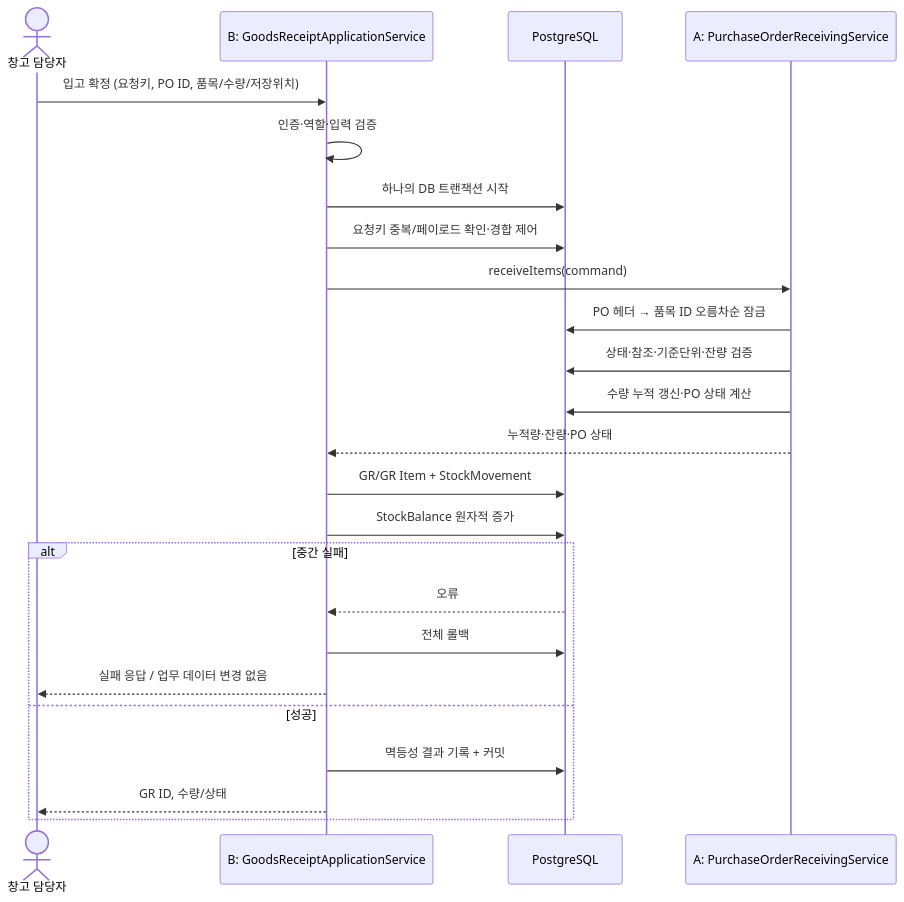
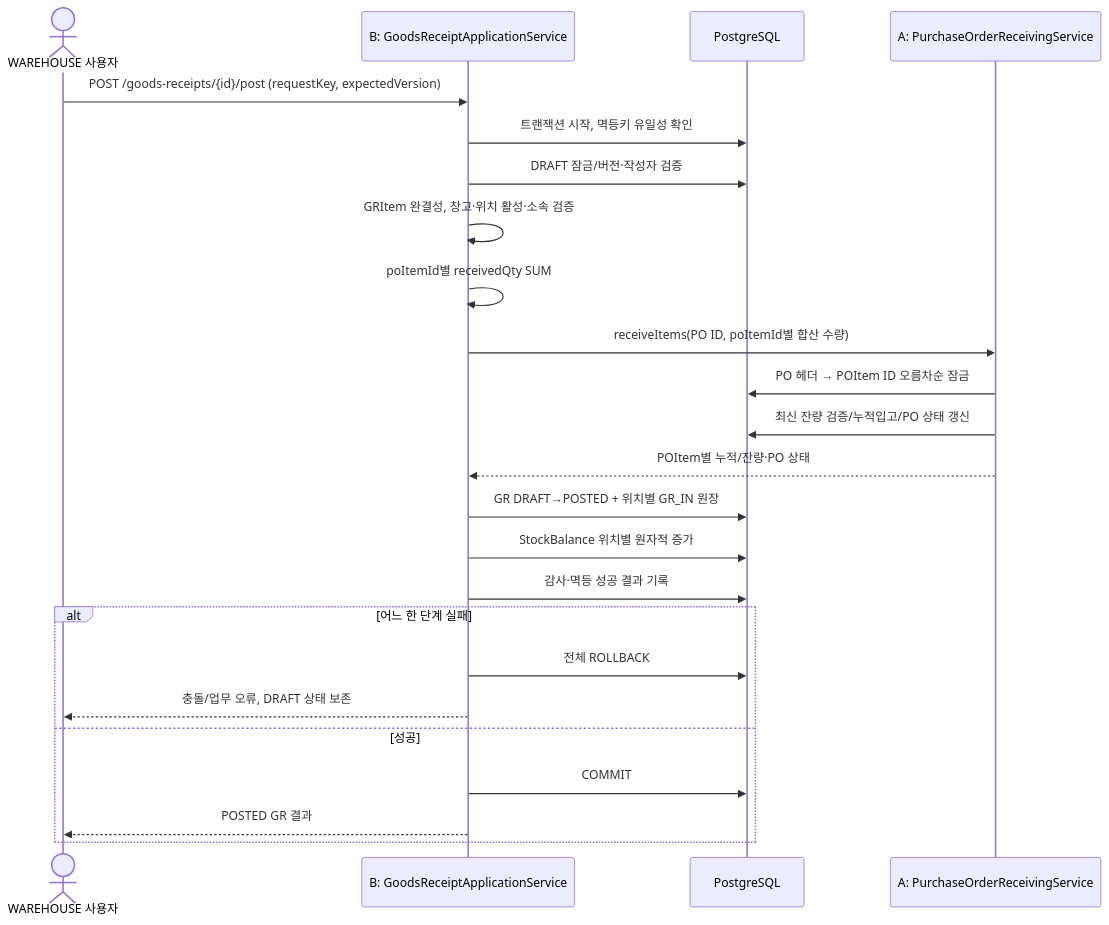
One commit to chagok-erp/chagok_docs changed the diagram in docs/api/09-PO-GR-CONTRACT.md. Above: the diagram before and after it, drawn with Mermaid. The commit also changed other lines of this file and 14 other files, not shown here.

````diff
--- a/docs/api/09-PO-GR-CONTRACT.md
+++ b/docs/api/09-PO-GR-CONTRACT.md
@@ -31,26 +58,26 @@
 ```mermaid
 sequenceDiagram
-    actor U as 창고 담당자
-    participant G as B: GoodsReceiptApplicationService
-    participant D as PostgreSQL
-    participant P as A: PurchaseOrderReceivingService
-    U->>G: 입고 확정 (요청키, PO ID, 품목/수량/저장위치)
-    G->>G: 인증·역할·입력 검증
-    G->>D: 하나의 DB 트랜잭션 시작
-    G->>D: 요청키 중복/페이로드 확인·경합 제어
-    G->>P: receiveItems(command)
-    P->>D: PO 헤더 → 품목 ID 오름차순 잠금
-    P->>D: 상태·참조·기준단위·잔량 검증
-    P->>D: 수량 누적 갱신·PO 상태 계산
-    P-->>G: 누적량·잔량·PO 상태
-    G->>D: GR/GR Item + StockMovement
-    G->>D: StockBalance 원자적 증가
-    alt 중간 실패
-        D-->>G: 오류
-        G->>D: 전체 롤백
-        G-->>U: 실패 응답 / 업무 데이터 변경 없음
+    actor User as WAREHOUSE 사용자
+    participant B as B: GoodsReceiptApplicationService
+    participant DB as PostgreSQL
+    participant A as A: PurchaseOrderReceivingService
+    User->>B: POST /goods-receipts/{id}/post (requestKey, expectedVersion)
+    B->>DB: 트랜잭션 시작, 멱등키 유일성 확인
+    B->>DB: DRAFT 잠금/버전·작성자 검증
+    B->>B: GRItem 완결성, 창고·위치 활성·소속 검증
+    B->>B: poItemId별 receivedQty SUM
+    B->>A: receiveItems(PO ID, poItemId별 합산 수량)
+    A->>DB: PO 헤더 → POItem ID 오름차순 잠금
+    A->>DB: 최신 잔량 검증/누적입고/PO 상태 갱신
+    A-->>B: POItem별 누적/잔량·PO 상태
+    B->>DB: GR DRAFT→POSTED + 위치별 GR_IN 원장
+    B->>DB: StockBalance 위치별 원자적 증가
+    B->>DB: 감사·멱등 성공 결과 기록
+    alt 어느 한 단계 실패
+        B->>DB: 전체 ROLLBACK
+        B-->>User: 충돌/업무 오류, DRAFT 상태 보존
     else 성공
-        G->>D: 멱등성 결과 기록 + 커밋
-        G-->>U: GR ID, 수량/상태
+        B->>DB: COMMIT
+        B-->>User: POSTED GR 결과
     end
 ```
````
